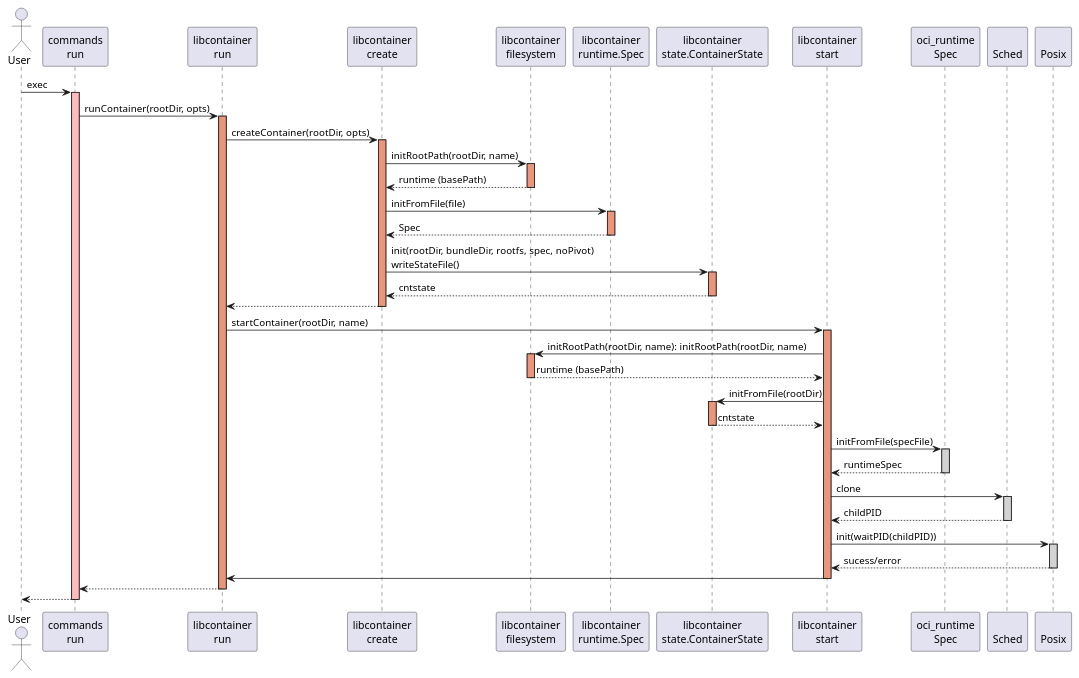
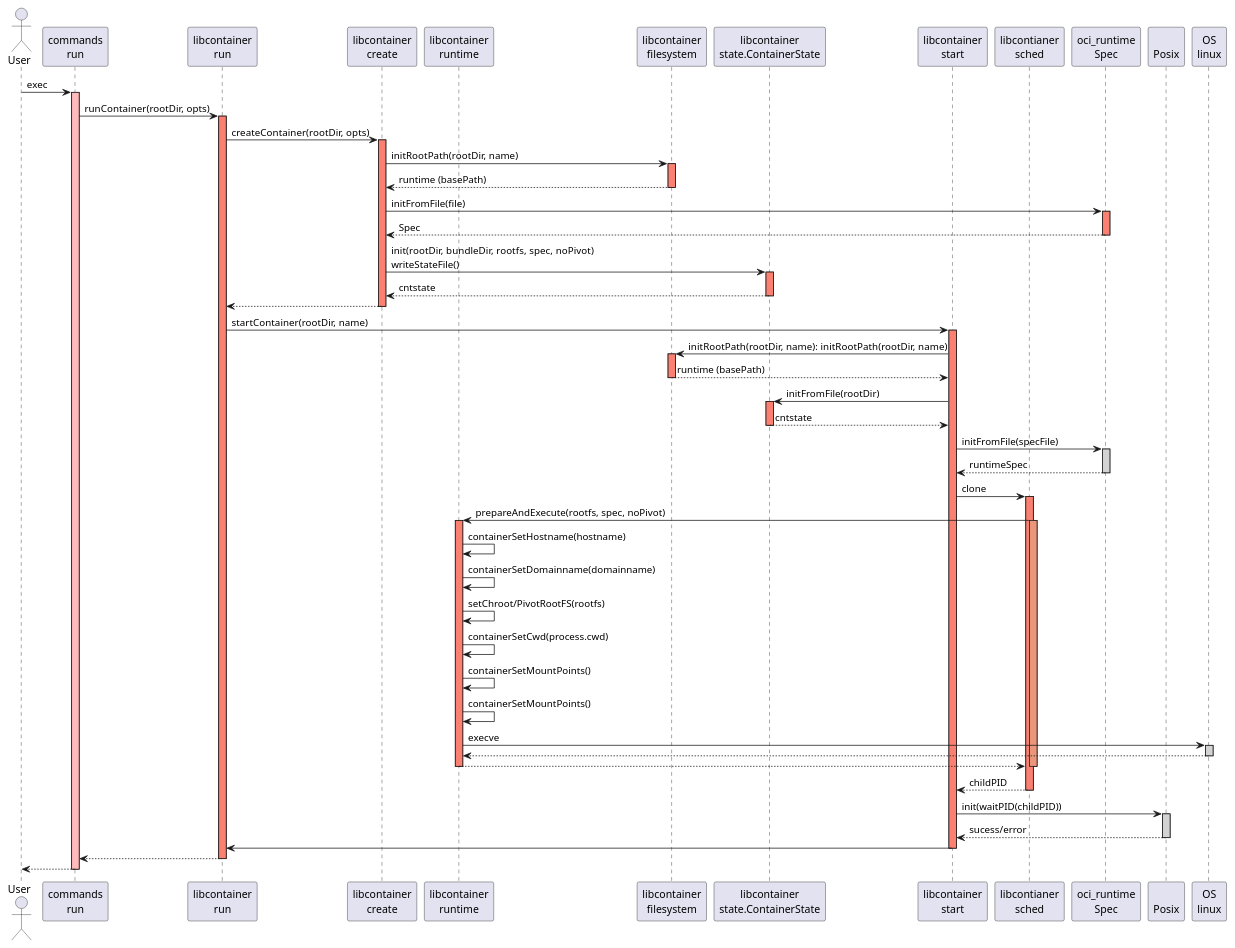
Before and after one commit to navidys/thorcon: the diagram in docs/run.wsd, drawn with PlantUML. The commit also changed 1 other file, not shown here.

```diff
--- a/docs/run.wsd
+++ b/docs/run.wsd
@@ -1,86 +1,105 @@
 @startuml
 actor User as User
 participant "commands\nrun" as RunCommand
 participant "libcontainer\nrun" as Run
 participant "libcontainer\ncreate" as Create
+participant "libcontainer\nruntime" as Runtime
 participant "libcontainer\nfilesystem" as Filesystem
-participant "libcontainer\nruntime.Spec" as RuntimeSpec
 participant "libcontainer\nstate.ContainerState" as ContainerState
 participant "libcontainer\nstart" as Start
+participant "libcontianer\nsched" as Sched
 participant "oci_runtime\nSpec" as OCISpec
-participant "\nSched" as Sched
 participant "\nPosix" as Posix
+participant "OS\nlinux" as Linux
 
 User -> RunCommand: exec
 activate RunCommand #FFBBBB
 
 RunCommand -> Run: runContainer(rootDir, opts)
-activate Run #DarkSalmon
+activate Run #Salmon
 
 Run -> Create: createContainer(rootDir, opts)
-activate Create #DarkSalmon
+activate Create #Salmon
 
 Create -> Filesystem: initRootPath(rootDir, name)
-activate Filesystem #DarkSalmon
+activate Filesystem #Salmon
 
 Filesystem --> Create: runtime (basePath)
 deactivate Filesystem
 
-Create -> RuntimeSpec: initFromFile(file)
-activate RuntimeSpec #DarkSalmon
+Create -> OCISpec: initFromFile(file)
+activate OCISpec #Salmon
 
-RuntimeSpec --> Create: Spec
-deactivate RuntimeSpec
+OCISpec --> Create: Spec
+deactivate OCISpec
 
 Create -> ContainerState: init(rootDir, bundleDir, rootfs, spec, noPivot)\nwriteStateFile()
-activate ContainerState #DarkSalmon
+activate ContainerState #Salmon
 
 ContainerState --> Create: cntstate
 deactivate ContainerState
 
 Create --> Run:
 deactivate Create
 
 Run -> Start: startContainer(rootDir, name)
-activate Start #DarkSalmon
+activate Start #Salmon
 
 Start -> Filesystem: initRootPath(rootDir, name): initRootPath(rootDir, name)
-activate Filesystem #DarkSalmon
+activate Filesystem #Salmon
 
 Filesystem --> Start: runtime (basePath)
 deactivate Filesystem
 
 Start -> ContainerState: initFromFile(rootDir)
-activate ContainerState #DarkSalmon
+activate ContainerState #Salmon
 
 ContainerState --> Start: cntstate
 deactivate ContainerState
 
 Start -> OCISpec: initFromFile(specFile)
 activate OCISpec #LightGray
 
 OCISpec --> Start: runtimeSpec
 deactivate OCISpec
 
 Start -> Sched: clone
-activate Sched #LightGray
+activate Sched #Salmon
+
+Sched -> Runtime: prepareAndExecute(rootfs, spec, noPivot)
+activate Sched #DarkSalmon
+activate Runtime #Salmon
+Runtime -> Runtime: containerSetHostname(hostname)
+Runtime -> Runtime: containerSetDomainname(domainname)
+Runtime -> Runtime: setChroot/PivotRootFS(rootfs)
+Runtime -> Runtime: containerSetCwd(process.cwd)
+Runtime -> Runtime: containerSetMountPoints()
+Runtime -> Runtime: containerSetMountPoints()
+Runtime -> Linux: execve
+activate Linux #LightGray
+Linux --> Runtime
+deactivate Linux
+Runtime --> Sched
+deactivate Runtime
+deactivate Sched
+
 
 Sched --> Start: childPID
 deactivate Sched
 
 Start -> Posix: init(waitPID(childPID))
 activate Posix #LightGray
 
 Posix --> Start: sucess/error
 deactivate Posix
 
 Start -> Run:
 deactivate Start
 
 Run --> RunCommand:
 deactivate Run
 
 RunCommand --> User:
 deactivate RunCommand
 
 @enduml
```
